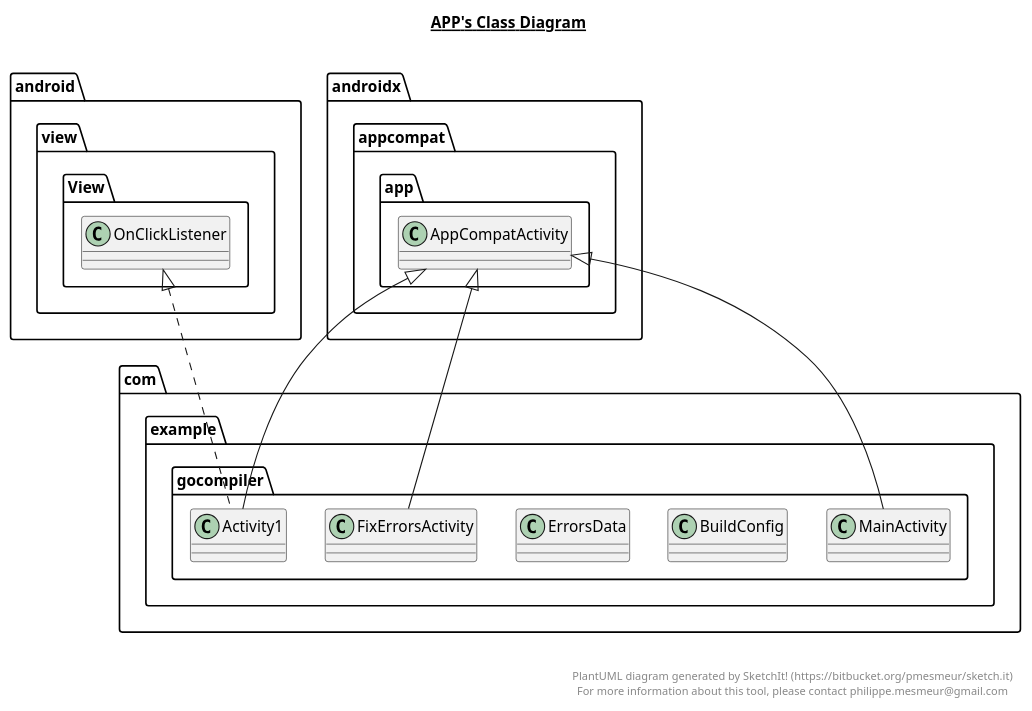
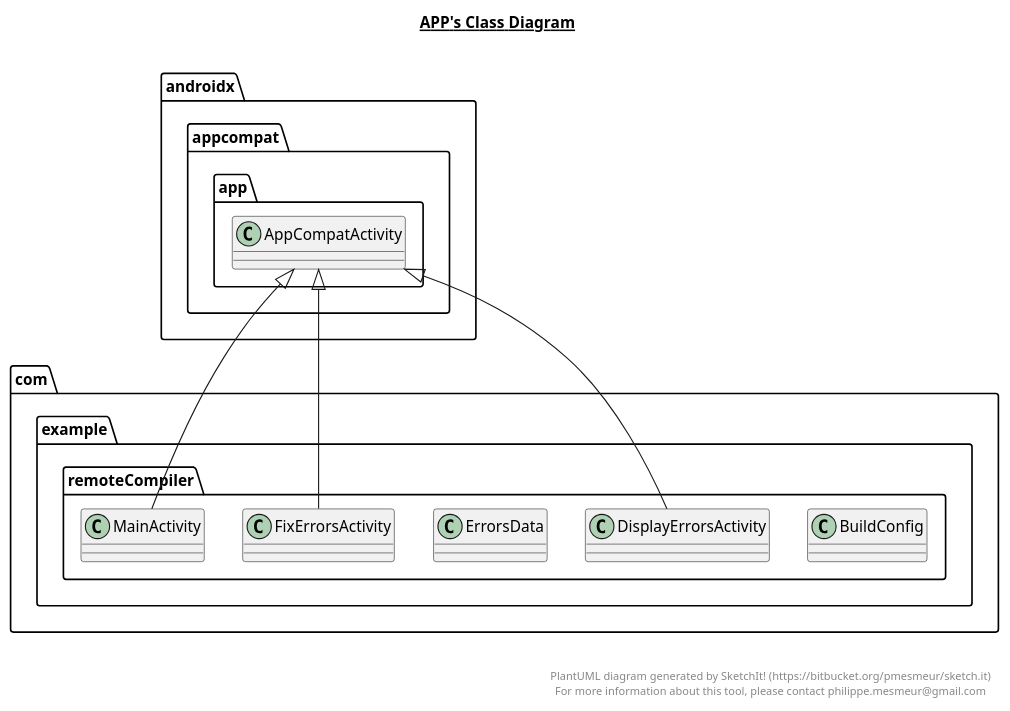
Before and after one commit to kyczor/goCompiler: the diagram in app/app.plantuml, drawn with PlantUML. The commit also changed 4 other files, not shown here.

Commit message:
Generated a class diagram

```diff
--- a/app/app.plantuml
+++ b/app/app.plantuml
@@ -1,48 +1,47 @@
 @startuml
 
 title __APP's Class Diagram__\n
 
-  namespace com.example.gocompiler {
-    class com.example.gocompiler.Activity1 {
+  namespace com.example.remoteCompiler {
+    class com.example.remoteCompiler.BuildConfig {
     }
   }
   
 
-  namespace com.example.gocompiler {
-    class com.example.gocompiler.BuildConfig {
+  namespace com.example.remoteCompiler {
+    class com.example.remoteCompiler.DisplayErrorsActivity {
     }
   }
   
 
-  namespace com.example.gocompiler {
-    class com.example.gocompiler.ErrorsData {
+  namespace com.example.remoteCompiler {
+    class com.example.remoteCompiler.ErrorsData {
     }
   }
   
 
-  namespace com.example.gocompiler {
-    class com.example.gocompiler.FixErrorsActivity {
+  namespace com.example.remoteCompiler {
+    class com.example.remoteCompiler.FixErrorsActivity {
     }
   }
   
 
-  namespace com.example.gocompiler {
-    class com.example.gocompiler.MainActivity {
+  namespace com.example.remoteCompiler {
+    class com.example.remoteCompiler.MainActivity {
     }
   }
   
 
-  com.example.gocompiler.Activity1 .up.|> android.view.View.OnClickListener
-  com.example.gocompiler.Activity1 -up-|> androidx.appcompat.app.AppCompatActivity
-  com.example.gocompiler.FixErrorsActivity -up-|> androidx.appcompat.app.AppCompatActivity
-  com.example.gocompiler.MainActivity -up-|> androidx.appcompat.app.AppCompatActivity
+  com.example.remoteCompiler.DisplayErrorsActivity -up-|> androidx.appcompat.app.AppCompatActivity
+  com.example.remoteCompiler.FixErrorsActivity -up-|> androidx.appcompat.app.AppCompatActivity
+  com.example.remoteCompiler.MainActivity -up-|> androidx.appcompat.app.AppCompatActivity
 
 
 right footer
 
 
 PlantUML diagram generated by SketchIt! (https://bitbucket.org/pmesmeur/sketch.it)
 For more information about this tool, please contact philippe.mesmeur@gmail.com
 endfooter
 
 @enduml
```
